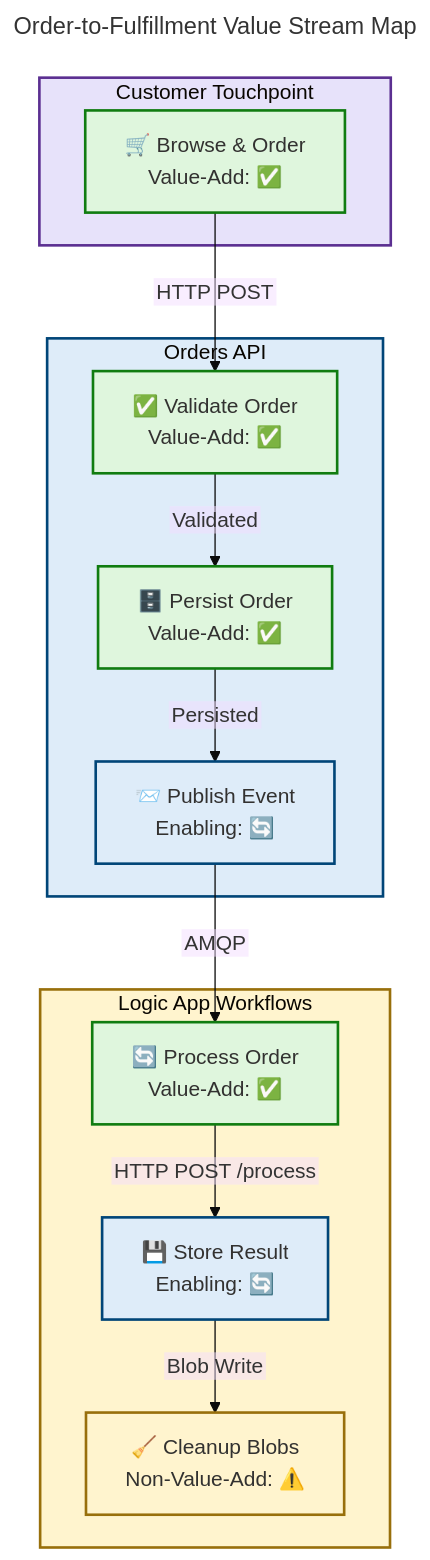
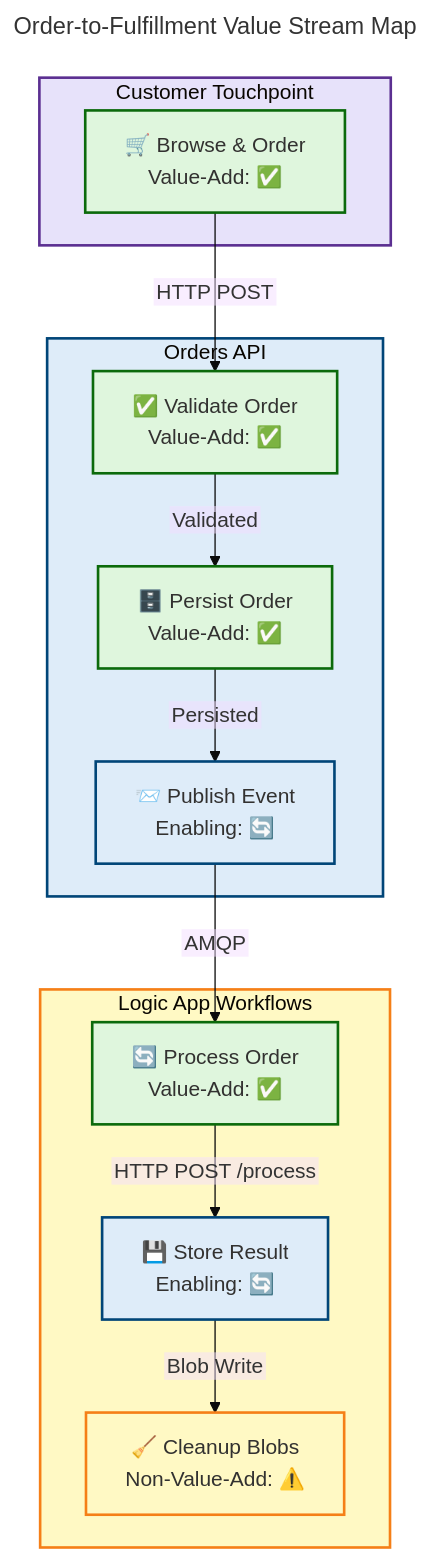
The eighth of 13 diagrams in docs/architecture/Business-Layer-Architecture.md (Evilazaro/Azure-LogicApps-Monitoring), drawn with Mermaid before and after one commit. The commit also changed other lines of this file and 3 other files, not shown here.

Commit message:
docs: update color definitions in architecture diagrams for improved clarity and consistency

````diff
--- a/docs/architecture/Business-Layer-Architecture.md
+++ b/docs/architecture/Business-Layer-Architecture.md
@@ -749,56 +749,56 @@
 ```mermaid
 ---
 title: "Order-to-Fulfillment Value Stream Map"
 config:
   theme: base
   themeVariables:
     fontSize: '16px'
   flowchart:
     htmlLabels: false
 ---
 flowchart TB
     accTitle: Order-to-Fulfillment Value Stream Map
     accDescr: Detailed value stream map showing 7 stages with actors, activities, channels, and value-add classification for the order lifecycle
 
     %% ═══════════════════════════════════════════════════════════════
     %% AZURE / FLUENT ARCHITECTURE PATTERN v1.1
     %% Generated: 2026-02-18T10:30:00Z
     %% Layer: Business
     %% Components: 14
     %% ═══════════════════════════════════════════════════════════════
 
     subgraph customer_lane ["Customer Touchpoint"]
         c1["🛒 Browse & Order\nValue-Add: ✅"]
     end
 
     subgraph api_lane ["Orders API"]
         a1["✅ Validate Order\nValue-Add: ✅"]
         a2["🗄️ Persist Order\nValue-Add: ✅"]
         a3["📨 Publish Event\nEnabling: 🔄"]
     end
 
     subgraph workflow_lane ["Logic App Workflows"]
         w1["🔄 Process Order\nValue-Add: ✅"]
         w2["💾 Store Result\nEnabling: 🔄"]
         w3["🧹 Cleanup Blobs\nNon-Value-Add: ⚠️"]
     end
 
     c1 -->|"HTTP POST"| a1
     a1 -->|"Validated"| a2
     a2 -->|"Persisted"| a3
     a3 -->|"AMQP"| w1
     w1 -->|"HTTP POST /process"| w2
     w2 -->|"Blob Write"| w3
 
     style customer_lane fill:#E7E2FA,stroke:#5B2F91,stroke-width:2px,color:#323130
     style api_lane fill:#DEECF9,stroke:#004578,stroke-width:2px,color:#323130
-    style workflow_lane fill:#FFF4CE,stroke:#986F0B,stroke-width:2px,color:#323130
+    style workflow_lane fill:#FFF9C4,stroke:#F57F17,stroke-width:2px,color:#323130
 
-    classDef valueAdd fill:#DFF6DD,stroke:#107C10,stroke-width:2px,color:#323130
+    classDef valueAdd fill:#DFF6DD,stroke:#0B6A0B,stroke-width:2px,color:#323130
     classDef enabling fill:#DEECF9,stroke:#004578,stroke-width:2px,color:#323130
-    classDef nonValueAdd fill:#FFF4CE,stroke:#986F0B,stroke-width:2px,color:#323130
+    classDef nonValueAdd fill:#FFF9C4,stroke:#F57F17,stroke-width:2px,color:#323130
 
     class c1,a1,a2,w1 valueAdd
     class a3,w2 enabling
     class w3 nonValueAdd
 ```
````
